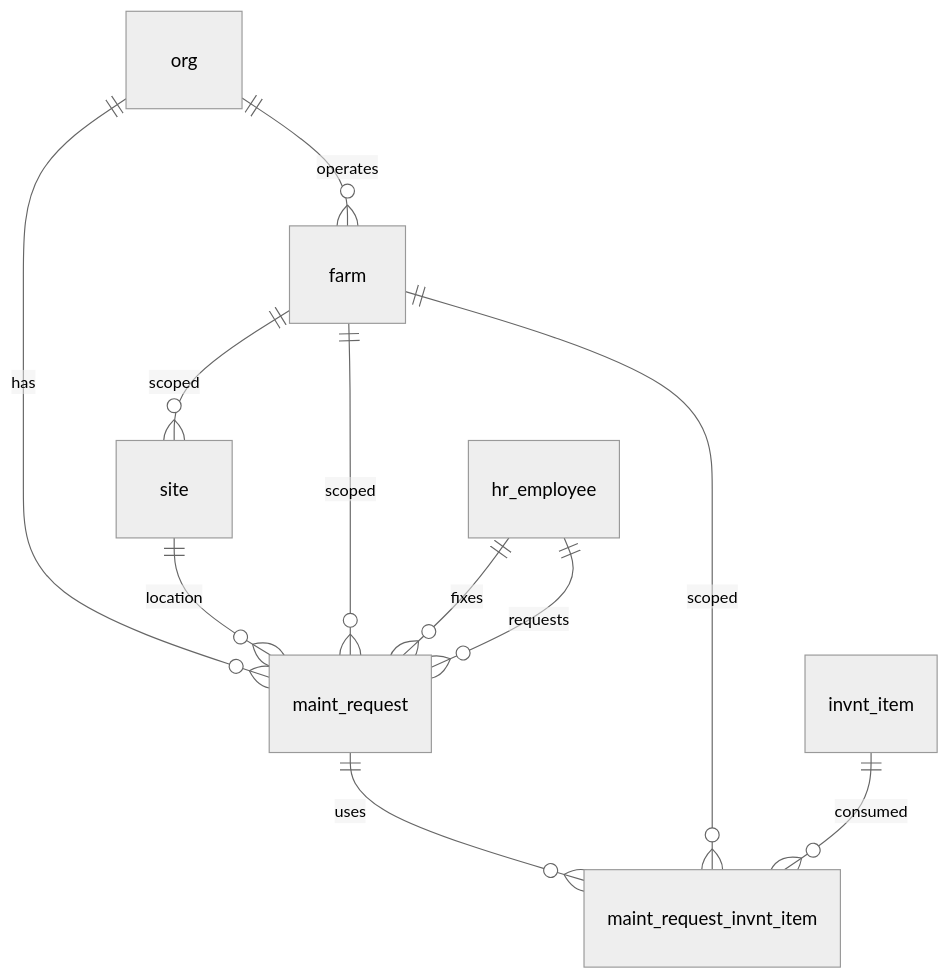
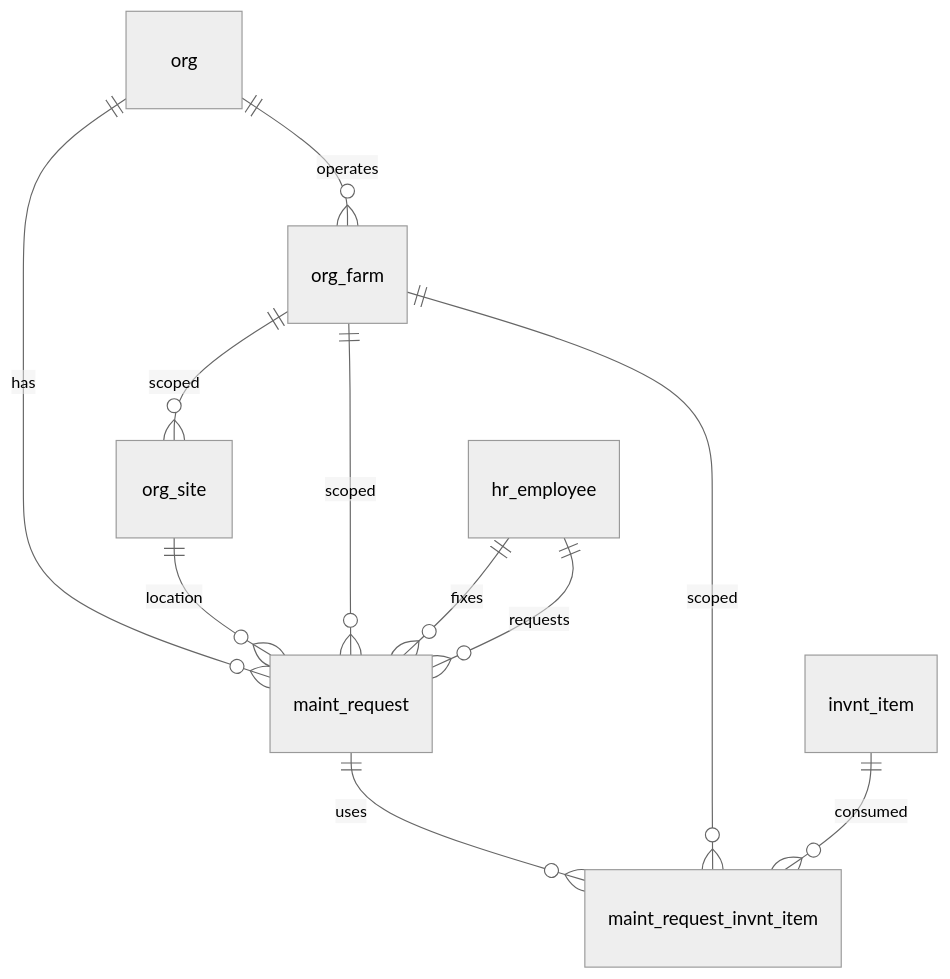
The diagram in docs/schemas/20260319_07_maint.md (Hawaii-Farming/aloha-app), drawn with Mermaid (neutral theme) before and after one commit. The commit also changed other lines of this file and 51 other files, not shown here.

First line of the commit message:
Rename org tables (util_uom→org_uom, farm→org_farm, site→org_site), rewrite conventions from LENNY spec

````diff
--- a/docs/schemas/20260319_07_maint.md
+++ b/docs/schemas/20260319_07_maint.md
@@ -9,13 +9,13 @@
 ```mermaid
 erDiagram
-    org ||--o{ farm : operates
+    org ||--o{ org_farm : operates
     org ||--o{ maint_request : has
-    farm ||--o{ site : scoped
-    site ||--o{ maint_request : location
-    farm ||--o{ maint_request : scoped
+    org_farm ||--o{ org_site : scoped
+    org_site ||--o{ maint_request : location
+    org_farm ||--o{ maint_request : scoped
     hr_employee ||--o{ maint_request : fixes
     hr_employee ||--o{ maint_request : requests
     maint_request ||--o{ maint_request_invnt_item : uses
-    farm ||--o{ maint_request_invnt_item : scoped
+    org_farm ||--o{ maint_request_invnt_item : scoped
     invnt_item ||--o{ maint_request_invnt_item : consumed
 ```
````
